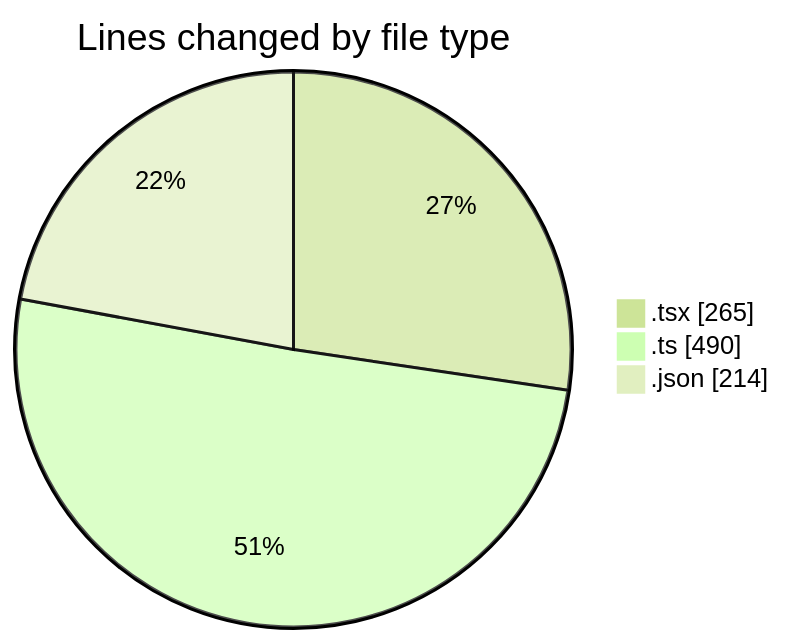
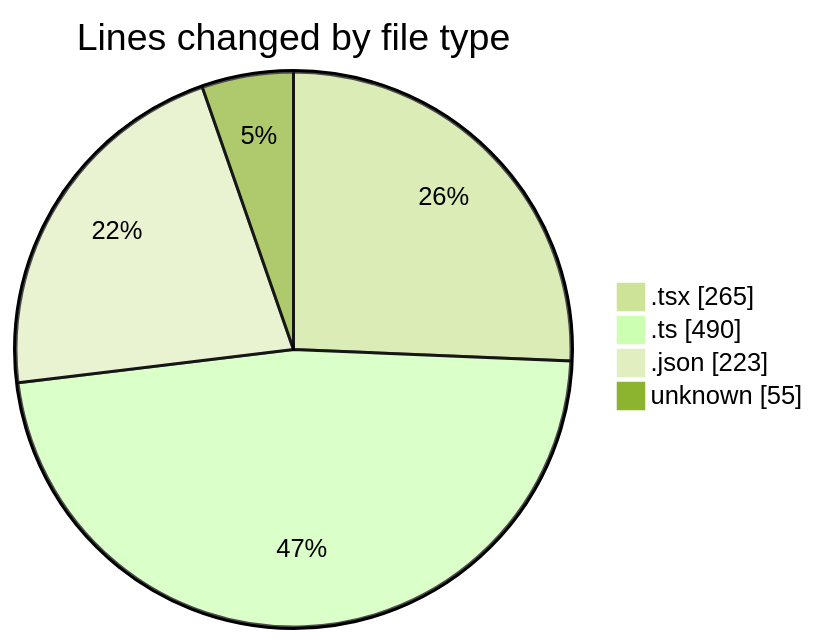
The first of 2 diagrams in 2025-10-21/cda/README.md (momahboobian/code-tracking), drawn with Mermaid (forest theme) before and after one commit. The commit also changed other lines of this file and 1 other file, not shown here.

````diff
--- a/2025-10-21/cda/README.md
+++ b/2025-10-21/cda/README.md
@@ -26,7 +27,8 @@
 ```mermaid
 pie showData
 title Lines changed by file type
 ".tsx" : 265
 ".ts" : 490
-".json" : 214
+".json" : 223
+"unknown" : 55
 ```
````
